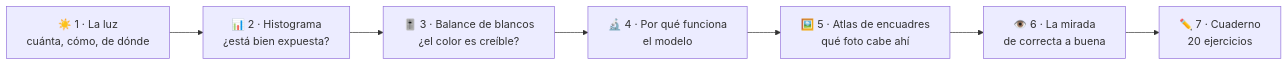
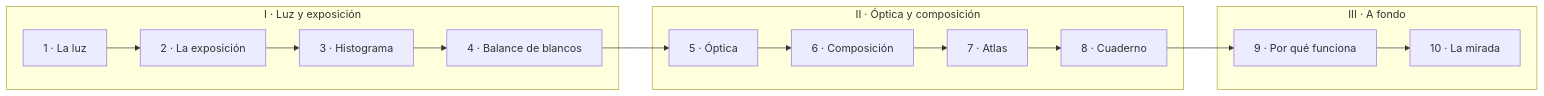
The diagram in conceptos/README.md (morandeirachema/Foto), drawn with Mermaid before and after one commit. The commit also changed other lines of this file and 36 other files, not shown here.

````diff
--- a/conceptos/README.md
+++ b/conceptos/README.md
@@ -21,9 +21,14 @@
 ```mermaid
 flowchart LR
-    L["☀️ 1 · La luz<br/>cuánta, cómo, de dónde"] --> A["📊 2 · Histograma<br/>¿está bien expuesta?"]
-    A --> B["🎚️ 3 · Balance de blancos<br/>¿el color es creíble?"]
-    B --> C["🔬 4 · Por qué funciona<br/>el modelo"]
-    C --> D["🖼️ 5 · Atlas de encuadres<br/>qué foto cabe ahí"]
-    D --> E["👁️ 6 · La mirada<br/>de correcta a buena"]
-    E --> F["✏️ 7 · Cuaderno<br/>20 ejercicios"]
+    subgraph I["I · Luz y exposición"]
+      L["1 · La luz"] --> X["2 · La exposición"] --> H["3 · Histograma"] --> B["4 · Balance de blancos"]
+    end
+    subgraph II["II · Óptica y composición"]
+      O["5 · Óptica"] --> C["6 · Composición"] --> A["7 · Atlas"] --> Q["8 · Cuaderno"]
+    end
+    subgraph III["III · A fondo"]
+      P["9 · Por qué funciona"] --> M["10 · La mirada"]
+    end
+    B --> O
+    Q --> P
 ```
````
